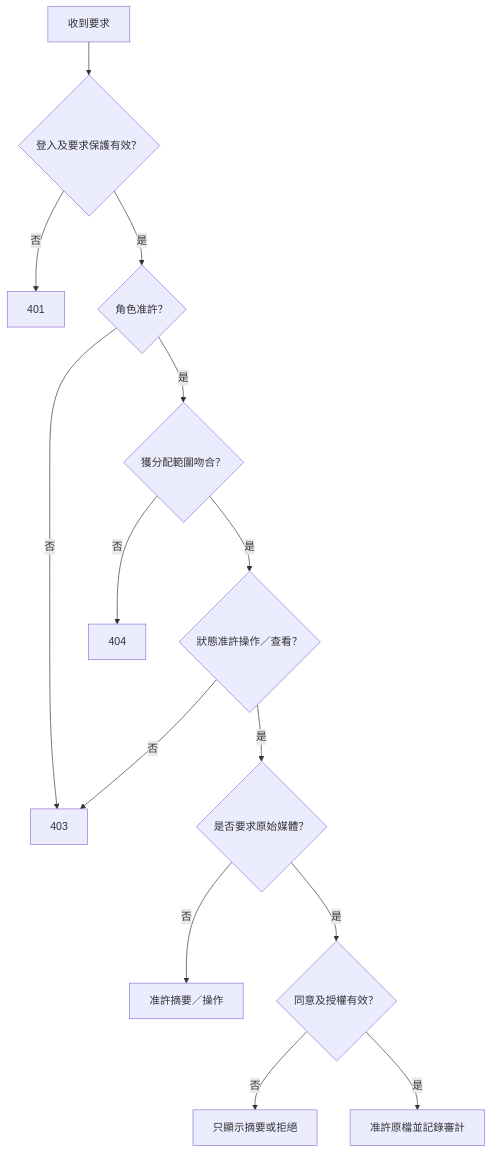
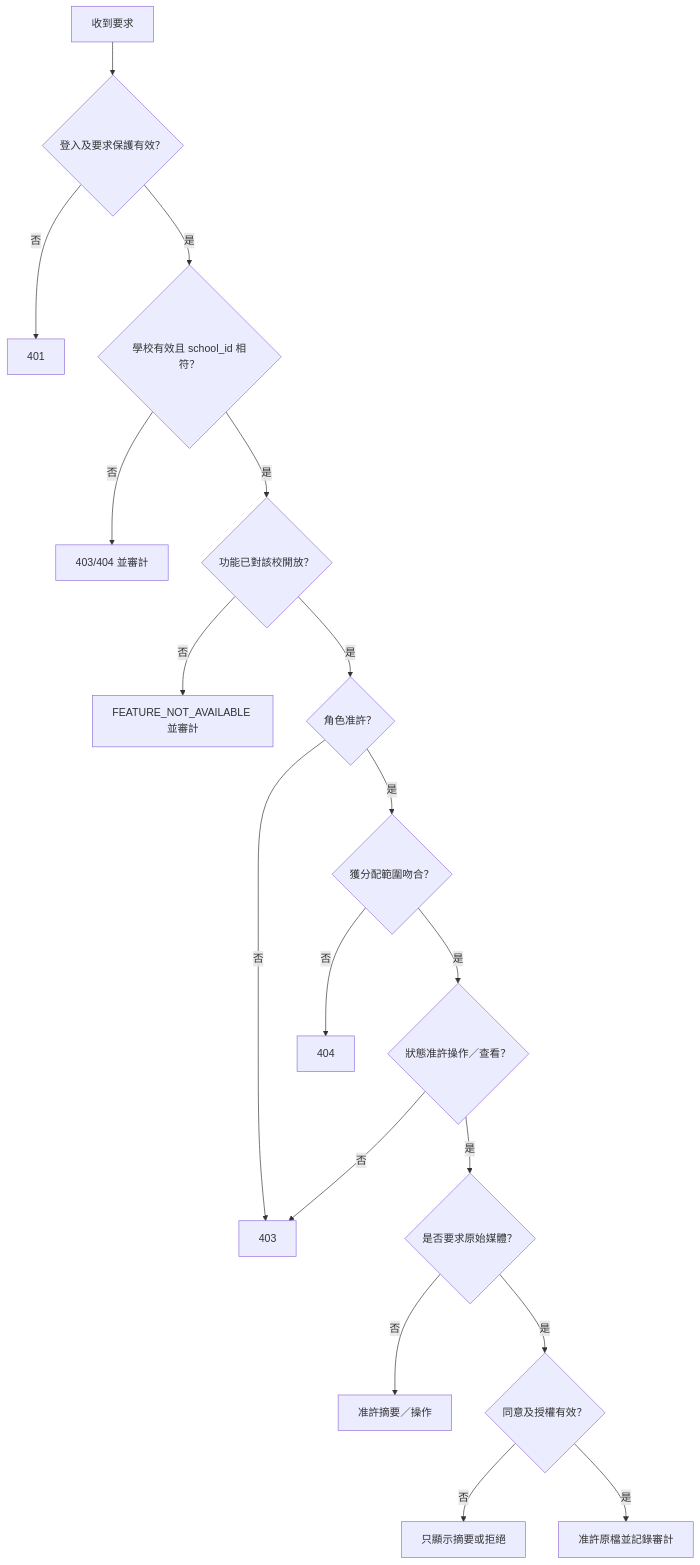
One commit to heison-octopus/testing-port changed the diagram in output/Chinese/SRS/SRS-01 身份工作階段及存取控制.md. Above: the diagram before and after it, drawn with Mermaid. The commit also changed other lines of this file and 79 other files, not shown here.

````diff
--- a/output/Chinese/SRS/SRS-01 身份工作階段及存取控制.md
+++ b/output/Chinese/SRS/SRS-01 身份工作階段及存取控制.md
@@ -55,16 +61,20 @@
 ```mermaid
 flowchart TD
     R[收到要求] --> S{登入及要求保護有效？}
     S -->|否| U[401]
-    S -->|是| Role{角色准許？}
+    S -->|是| School{學校有效且 school_id 相符？}
+    School -->|否| X[403/404 並審計]
+    School -->|是| Feature{功能已對該校開放？}
+    Feature -->|否| F[FEATURE_NOT_AVAILABLE 並審計]
+    Feature -->|是| Role{角色准許？}
     Role -->|否| D[403]
     Role -->|是| Scope{獲分配範圍吻合？}
     Scope -->|否| N[404]
     Scope -->|是| State{狀態准許操作／查看？}
     State -->|否| D
     State -->|是| Raw{是否要求原始媒體？}
     Raw -->|否| A[准許摘要／操作]
     Raw -->|是| Consent{同意及授權有效？}
     Consent -->|否| M[只顯示摘要或拒絕]
     Consent -->|是| O[准許原檔並記錄審計]
 ```
````
